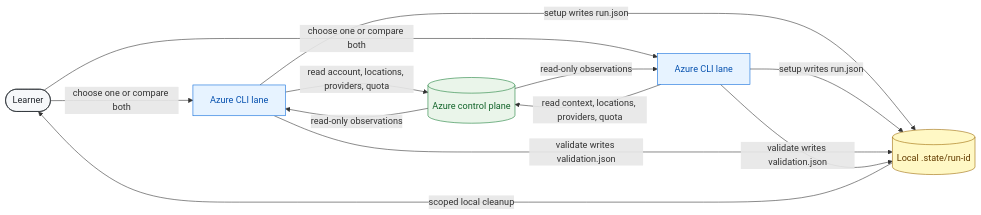
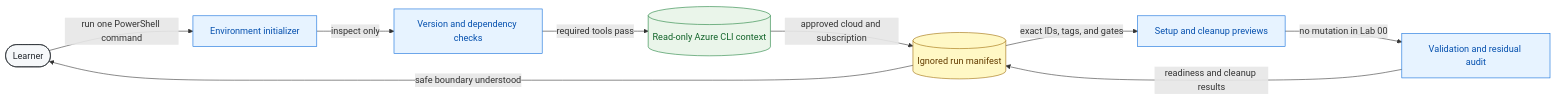
One commit to amineMehdi/az104-azure-administrator-labs changed the diagram in labs/00-safe-bootstrap/diagrams/architecture.mmd. Above: the diagram before and after it, drawn with Mermaid. The commit also changed 497 other files, not shown here.

```diff
--- a/labs/00-safe-bootstrap/diagrams/architecture.mmd
+++ b/labs/00-safe-bootstrap/diagrams/architecture.mmd
@@ -1,27 +1,26 @@
 flowchart LR
     learner([Learner])
-    cli[Azure CLI lane]
-    ps[Azure CLI lane]
-    control[(Azure control plane)]
-    state[(Local .state/run-id)]
+    initializer[Environment initializer]
+    tools[Version and dependency checks]
+    context[(Read-only Azure CLI context)]
+    manifest[(Ignored run manifest)]
+    preview[Setup and cleanup previews]
+    audit[Validation and residual audit]
 
-    learner -->|choose one or compare both| cli
-    learner -->|choose one or compare both| ps
-    cli -->|read account, locations, providers, quota| control
-    ps -->|read context, locations, providers, quota| control
-    cli -->|setup writes run.json| state
-    ps -->|setup writes run.json| state
-    control -->|read-only observations| cli
-    control -->|read-only observations| ps
-    cli -->|validate writes validation.json| state
-    ps -->|validate writes validation.json| state
-    state -->|scoped local cleanup| learner
+    learner -->|run one PowerShell command| initializer
+    initializer -->|inspect only| tools
+    tools -->|required tools pass| context
+    context -->|approved cloud and subscription| manifest
+    manifest -->|exact IDs, tags, and gates| preview
+    preview -->|no mutation in Lab 00| audit
+    audit -->|readiness and cleanup results| manifest
+    manifest -->|safe boundary understood| learner
 
     classDef person fill:#f6f8fa,stroke:#24292f,color:#24292f
     classDef tool fill:#e7f3ff,stroke:#0969da,color:#0550ae
     classDef azure fill:#eaf5ea,stroke:#1a7f37,color:#116329
     classDef local fill:#fff8c5,stroke:#9a6700,color:#633c01
     class learner person
-    class cli,ps tool
-    class control azure
-    class state local
+    class initializer,tools,preview,audit tool
+    class context azure
+    class manifest local
```
